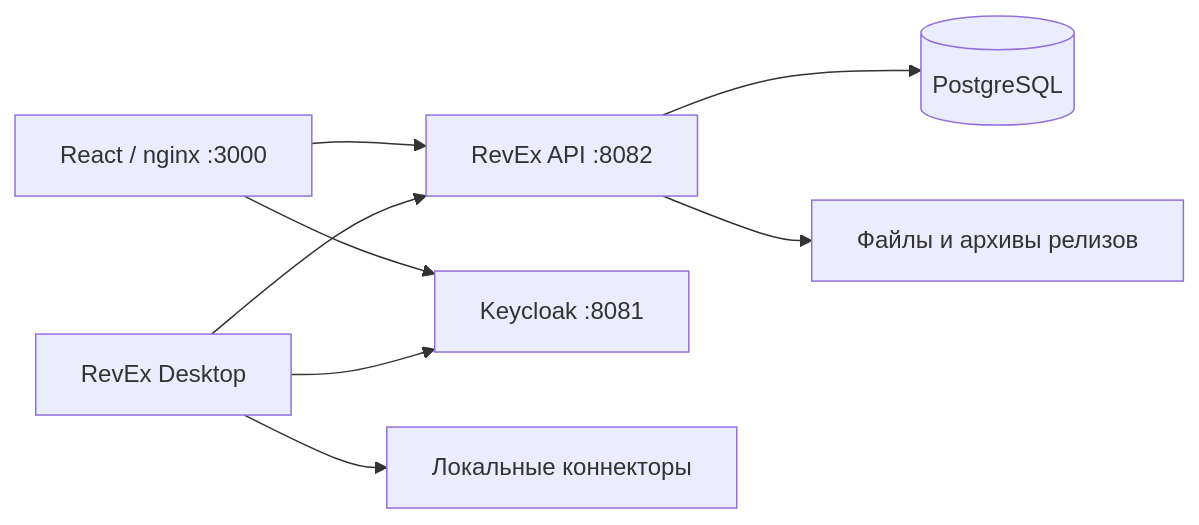
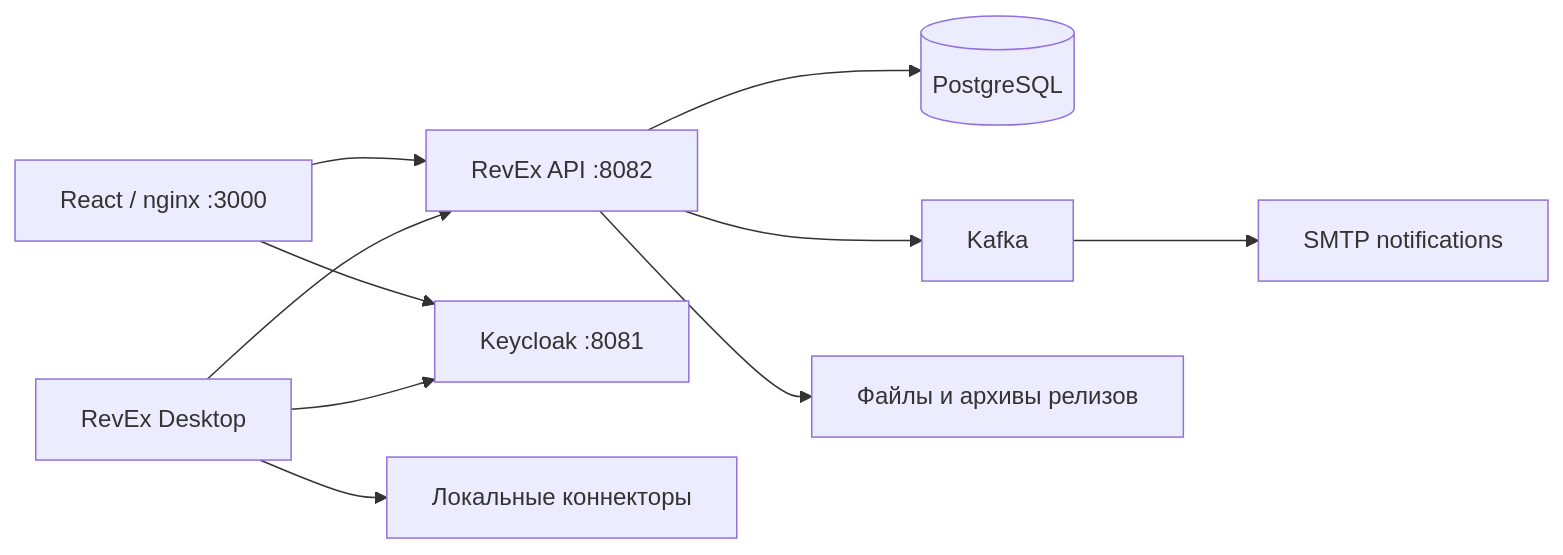
The diagram in docs/ARCHITECTURE.md (DenisFazlul/RevEx.Web), drawn with Mermaid before and after one commit. The commit also changed other lines of this file and 80 other files, not shown here.

````diff
--- a/docs/ARCHITECTURE.md
+++ b/docs/ARCHITECTURE.md
@@ -5,10 +5,12 @@
 ```mermaid
 flowchart LR
     Web[React / nginx :3000] --> API[RevEx API :8082]
     Desktop[RevEx Desktop] --> API
     Web --> KC[Keycloak :8081]
     Desktop --> KC
     API --> Pg[(PostgreSQL)]
+    API --> Kafka[Kafka]
+    Kafka --> SMTP[SMTP notifications]
     API --> Files[Файлы и архивы релизов]
     Desktop --> Local[Локальные коннекторы]
 ```
````
